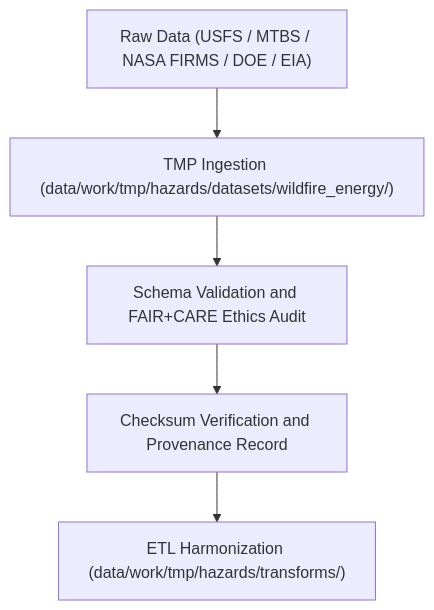
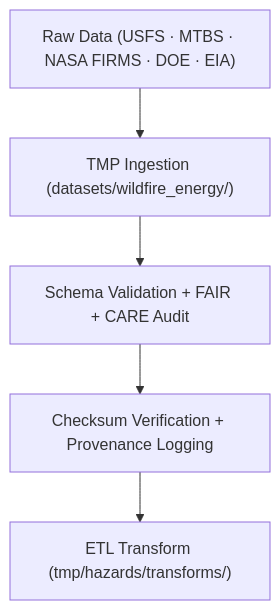
Before and after one commit to bartytime4life/Kansas-Frontier-Matrix: the diagram in data/work/tmp/hazards/datasets/wildfire_energy/README.md, drawn with Mermaid. The commit also changed other lines of this file, not shown here.

````diff
--- a/data/work/tmp/hazards/datasets/wildfire_energy/README.md
+++ b/data/work/tmp/hazards/datasets/wildfire_energy/README.md
@@ -64,7 +65,7 @@
 ```mermaid
 flowchart TD
-    A["Raw Data (USFS / MTBS / NASA FIRMS / DOE / EIA)"] --> B["TMP Ingestion (data/work/tmp/hazards/datasets/wildfire_energy/)"]
-    B --> C["Schema Validation and FAIR+CARE Ethics Audit"]
-    C --> D["Checksum Verification and Provenance Record"]
-    D --> E["ETL Harmonization (data/work/tmp/hazards/transforms/)"]
+    A["Raw Data (USFS · MTBS · NASA FIRMS · DOE · EIA)"] --> B["TMP Ingestion (datasets/wildfire_energy/)"]
+    B --> C["Schema Validation + FAIR + CARE Audit"]
+    C --> D["Checksum Verification + Provenance Logging"]
+    D --> E["ETL Transform (tmp/hazards/transforms/)"]
 ```
````
